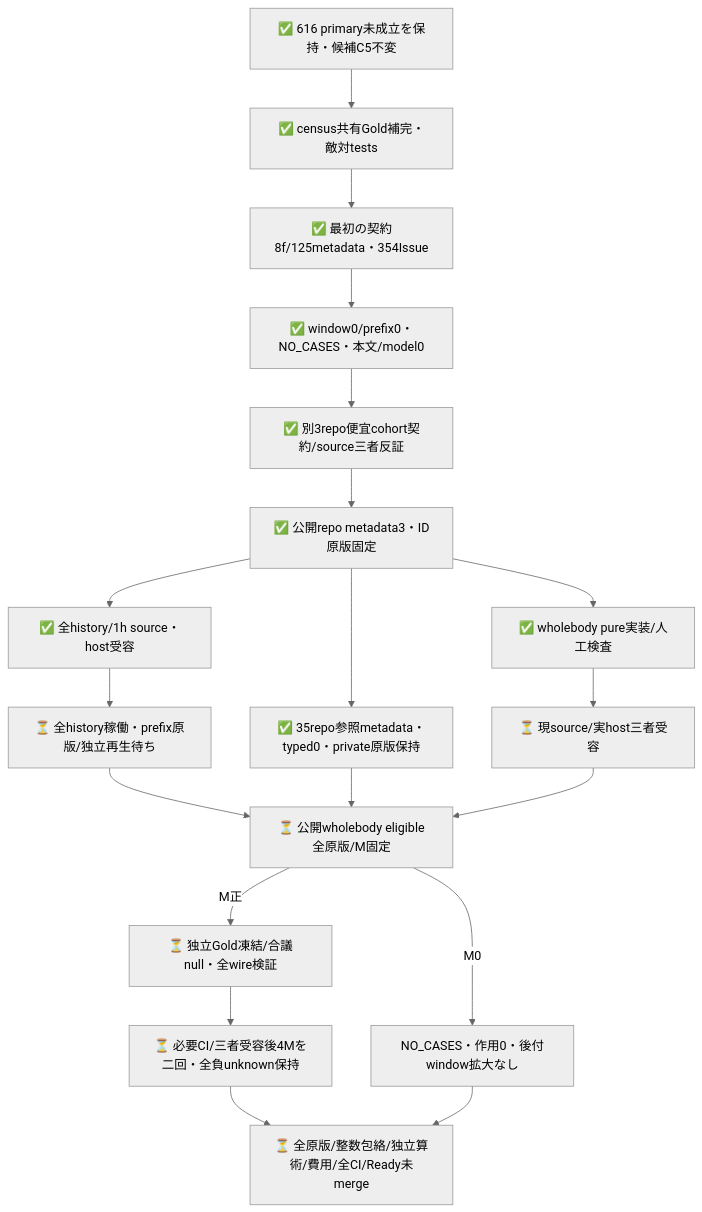
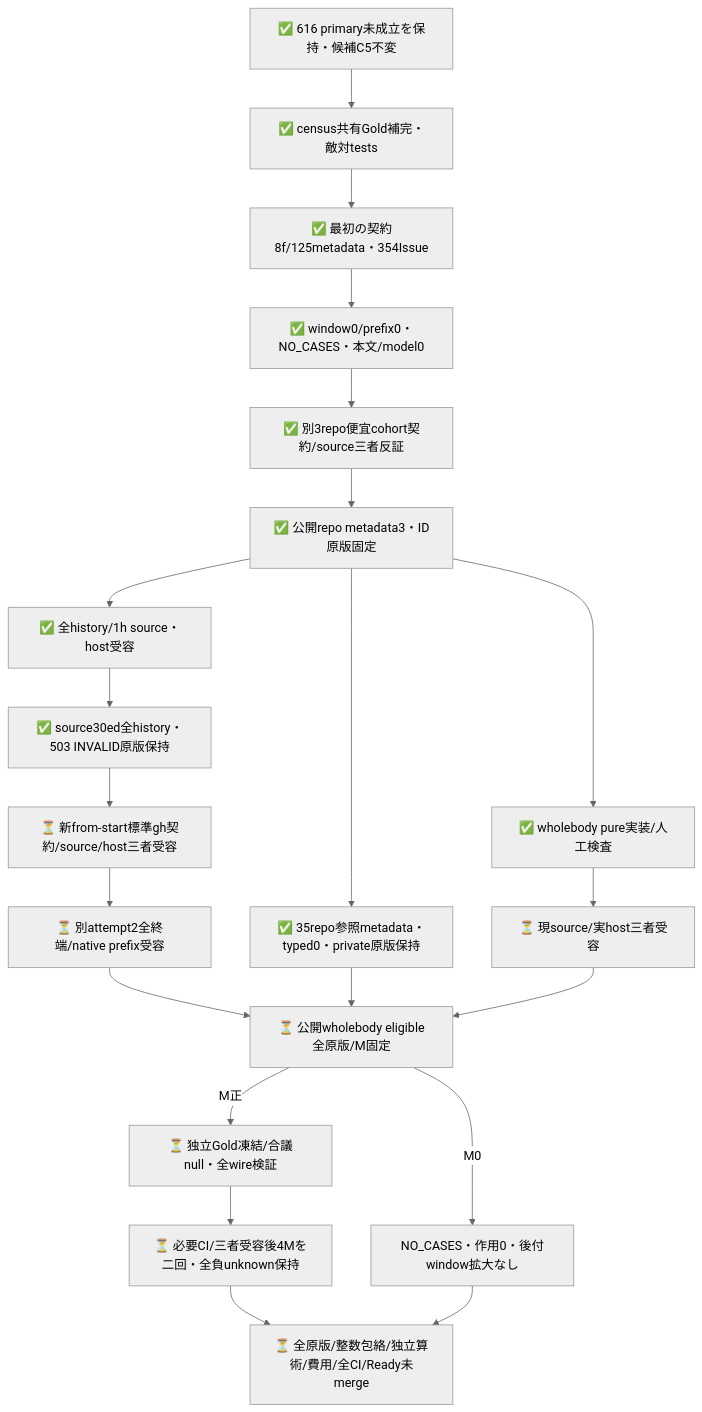
Before and after one commit to roccho-org/ops: the second of 2 diagrams in experiments/sys1-eval-loop/census/README.md, drawn with Mermaid (neutral theme). The commit also changed other lines of this file and 12 other files, not shown here.

````diff
--- a/experiments/sys1-eval-loop/census/README.md
+++ b/experiments/sys1-eval-loop/census/README.md
@@ -77,21 +85,23 @@
 ```mermaid
 flowchart TB
   OLD[✅ 616 primary未成立を保持・候補C5不変] --> MATH[✅ census共有Gold補完・敵対tests]
   MATH --> FIRST[✅ 最初の契約8f/125metadata・354Issue]
   FIRST --> ZERO[✅ window0/prefix0・NO_CASES・本文/model0]
   ZERO --> REVIEW[✅ 別3repo便宜cohort契約/source三者反証]
   REVIEW --> SCOPE[✅ 公開repo metadata3・ID原版固定]
   SCOPE --> ADMIT[✅ 全history/1h source・host受容]
-  ADMIT --> META[⏳ 全history稼働・prefix原版/独立再生待ち]
+  ADMIT --> BAD[✅ source30ed全history・503 INVALID原版保持]
+  BAD --> RECOVER[⏳ 新from-start標準gh契約/source/host三者受容]
+  RECOVER --> META[⏳ 別attempt2全終端/native prefix受容]
   SCOPE --> PRIOR[✅ 35repo参照metadata・typed0・private原版保持]
   SCOPE --> BODY[✅ wholebody pure実装/人工検査]
   BODY --> BODYREVIEW[⏳ 現source/実host三者受容]
   META --> FRAME[⏳ 公開wholebody eligible全原版/M固定]
   PRIOR --> FRAME
   BODYREVIEW --> FRAME
   FRAME -->|M0| EMPTY[NO_CASES・作用0・後付window拡大なし]
   FRAME -->|M正| GOLD[⏳ 独立Gold凍結/合議null・全wire検証]
   GOLD --> EFFECT[⏳ 必要CI/三者受容後4Mを二回・全負unknown保持]
   EFFECT --> END[⏳ 全原版/整数包絡/独立算術/費用/全CI/Ready未merge]
   EMPTY --> END
 ```
````
